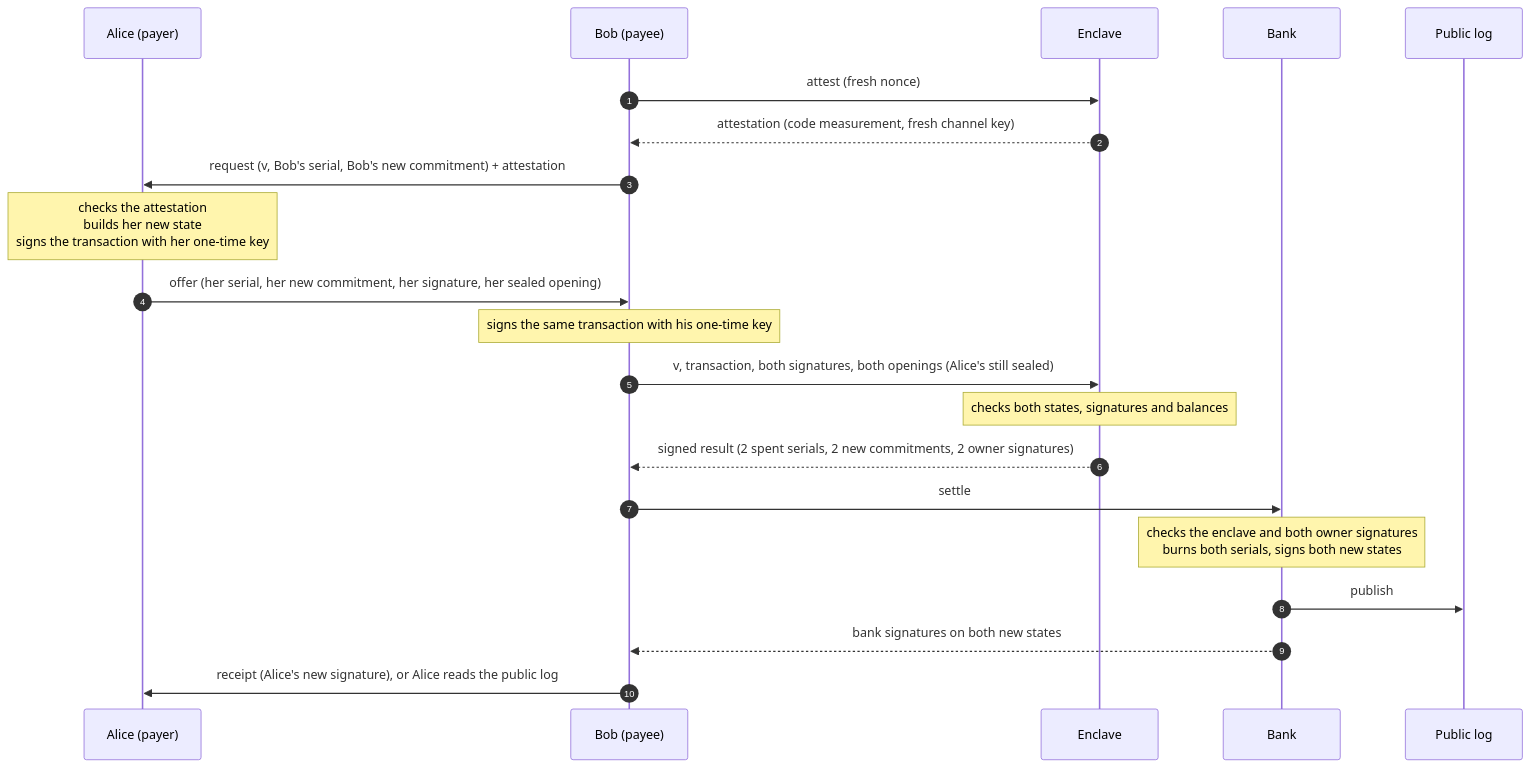
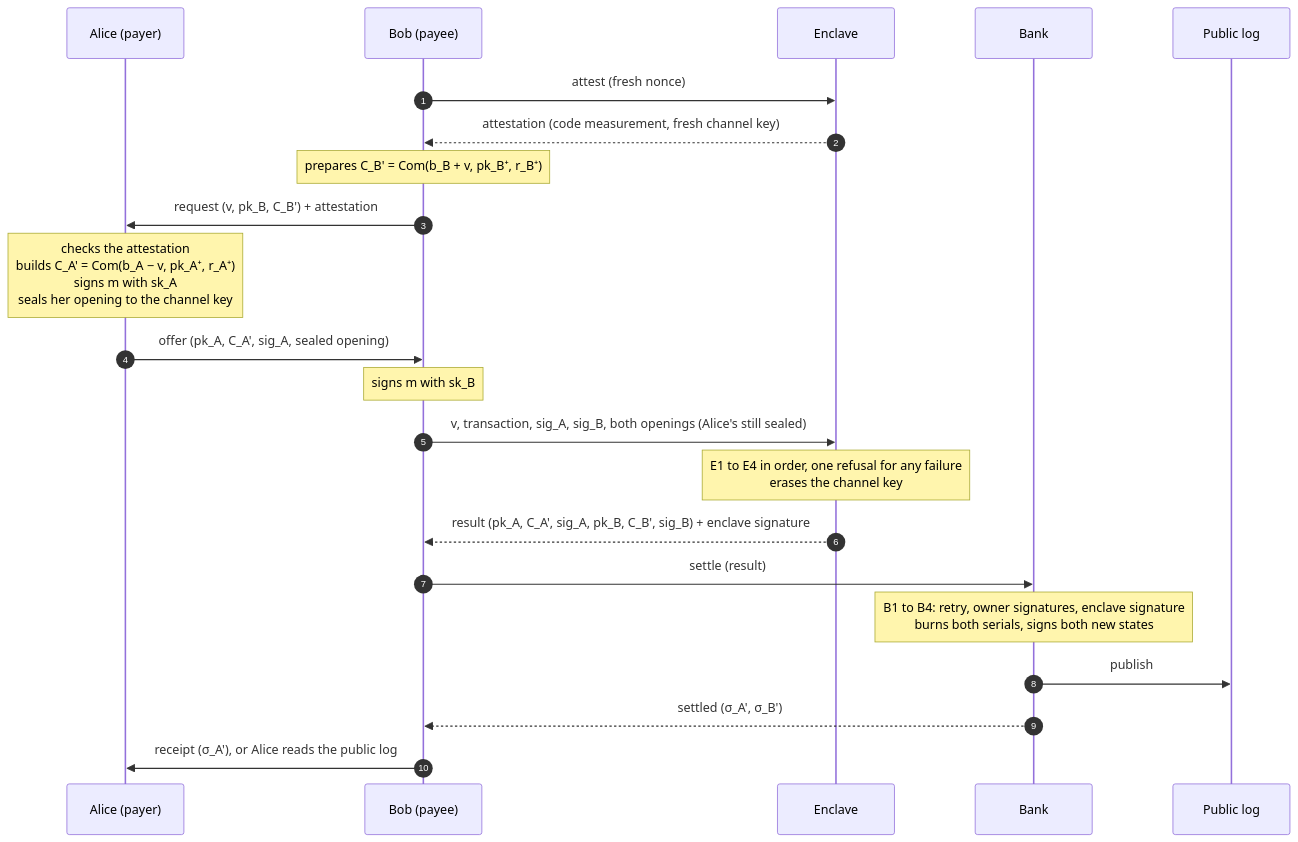
One commit to alexandre-mrt/thesis-tee-private-payments changed the second of 2 diagrams in round-1/README.md. Above: the diagram before and after it, drawn with Mermaid. The commit also changed other lines of this file, not shown here.

Commit message:
docs(round-1): state and payment diagrams aligned with the text and the payment map

````diff
--- a/round-1/README.md
+++ b/round-1/README.md
@@ -96,23 +96,24 @@
 ```mermaid
 sequenceDiagram
   autonumber
   participant A as Alice (payer)
   participant B as Bob (payee)
   participant E as Enclave
   participant K as Bank
   participant L as Public log
   B->>E: attest (fresh nonce)
   E-->>B: attestation (code measurement, fresh channel key)
-  B->>A: request (v, Bob's serial, Bob's new commitment) + attestation
-  Note over A: checks the attestation<br/>builds her new state<br/>signs the transaction with her one-time key
-  A->>B: offer (her serial, her new commitment, her signature, her sealed opening)
-  Note over B: signs the same transaction with his one-time key
-  B->>E: v, transaction, both signatures, both openings (Alice's still sealed)
-  Note over E: checks both states, signatures and balances
-  E-->>B: signed result (2 spent serials, 2 new commitments, 2 owner signatures)
-  B->>K: settle
-  Note over K: checks the enclave and both owner signatures<br/>burns both serials, signs both new states
+  Note over B: prepares C_B' = Com(b_B + v, pk_B⁺, r_B⁺)
+  B->>A: request (v, pk_B, C_B') + attestation
+  Note over A: checks the attestation<br/>builds C_A' = Com(b_A − v, pk_A⁺, r_A⁺)<br/>signs m with sk_A<br/>seals her opening to the channel key
+  A->>B: offer (pk_A, C_A', sig_A, sealed opening)
+  Note over B: signs m with sk_B
+  B->>E: v, transaction, sig_A, sig_B, both openings (Alice's still sealed)
+  Note over E: E1 to E4 in order, one refusal for any failure<br/>erases the channel key
+  E-->>B: result (pk_A, C_A', sig_A, pk_B, C_B', sig_B) + enclave signature
+  B->>K: settle (result)
+  Note over K: B1 to B4: retry, owner signatures, enclave signature<br/>burns both serials, signs both new states
   K->>L: publish
-  K-->>B: bank signatures on both new states
-  B->>A: receipt (Alice's new signature), or Alice reads the public log
+  K-->>B: settled (σ_A', σ_B')
+  B->>A: receipt (σ_A'), or Alice reads the public log
 ```
````
